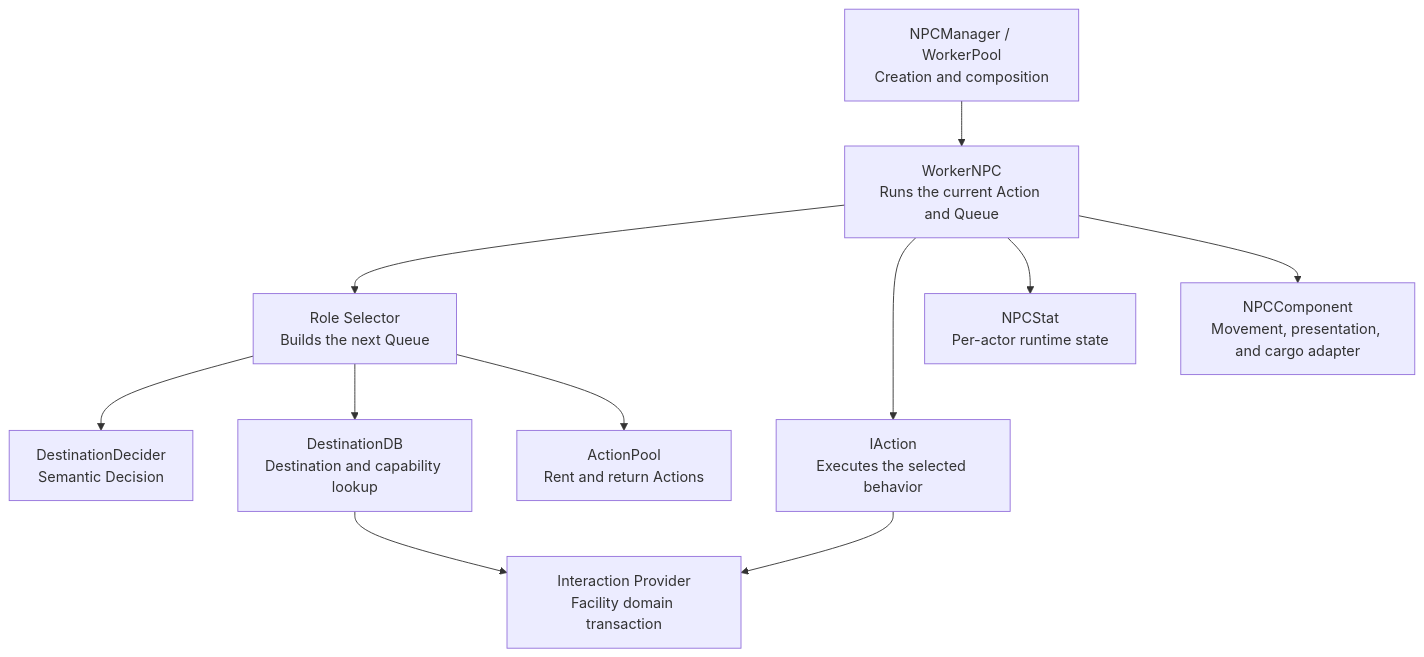
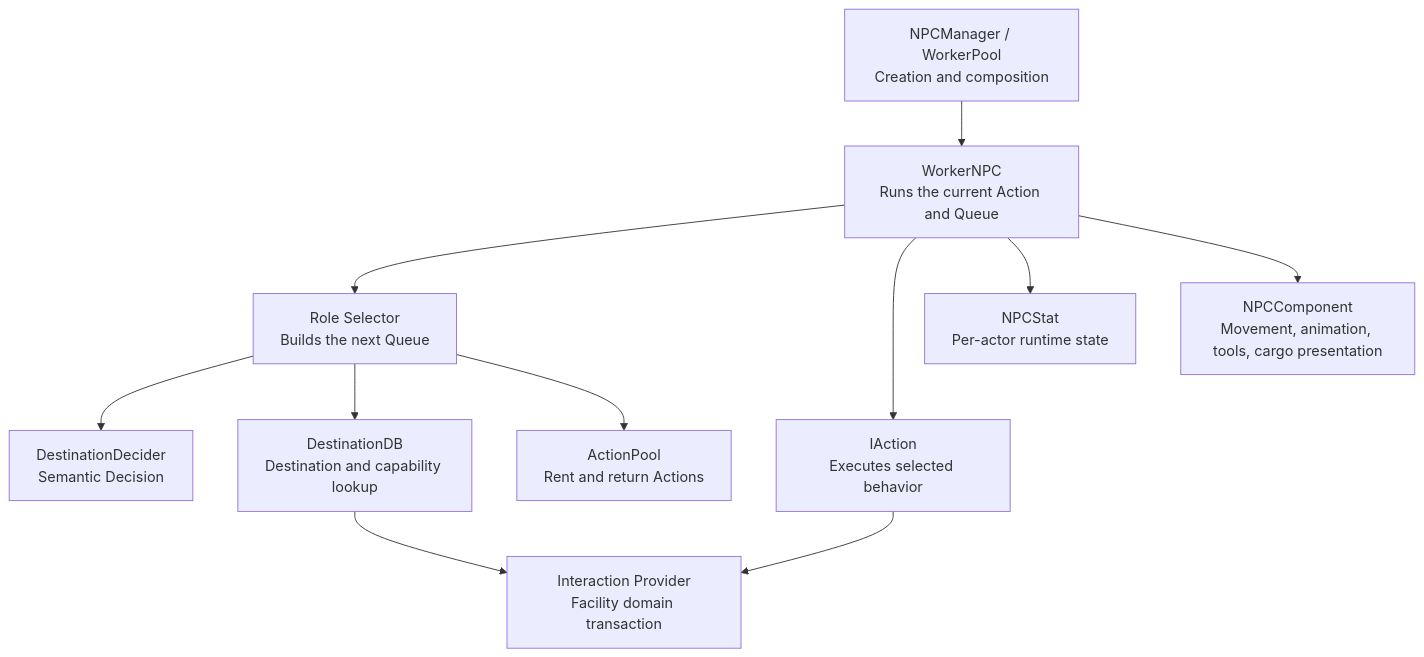
One commit to Merkatte/NPC_2D_Private changed the first of 2 diagrams in README.en.md. Above: the diagram before and after it, drawn with Mermaid. The commit also changed other lines of this file and 1 other file, not shown here.

````diff
--- a/README.en.md
+++ b/README.en.md
@@ -50,13 +71,13 @@
 ```mermaid
 flowchart TD
     Manager["NPCManager / WorkerPool<br/>Creation and composition"] --> Worker["WorkerNPC<br/>Runs the current Action and Queue"]
     Worker --> Selector["Role Selector<br/>Builds the next Queue"]
     Selector --> Decision["DestinationDecider<br/>Semantic Decision"]
     Selector --> Destination["DestinationDB<br/>Destination and capability lookup"]
     Selector --> Pool["ActionPool<br/>Rent and return Actions"]
-    Worker --> Action["IAction<br/>Executes the selected behavior"]
+    Worker --> Action["IAction<br/>Executes selected behavior"]
     Worker --> Stat["NPCStat<br/>Per-actor runtime state"]
-    Worker --> Component["NPCComponent<br/>Movement, presentation, and cargo adapter"]
+    Worker --> Component["NPCComponent<br/>Movement, animation, tools, cargo presentation"]
     Action --> Provider["Interaction Provider<br/>Facility domain transaction"]
     Destination --> Provider
 ```
````
